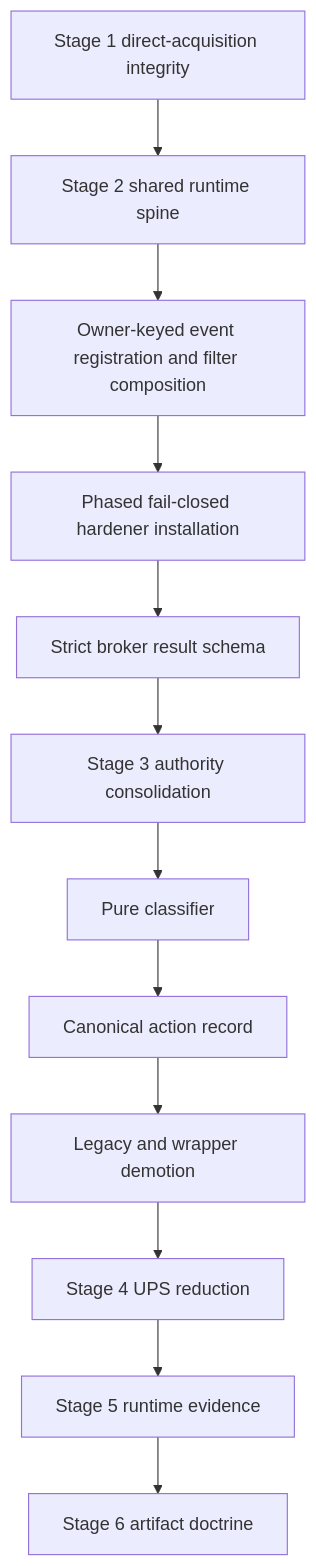
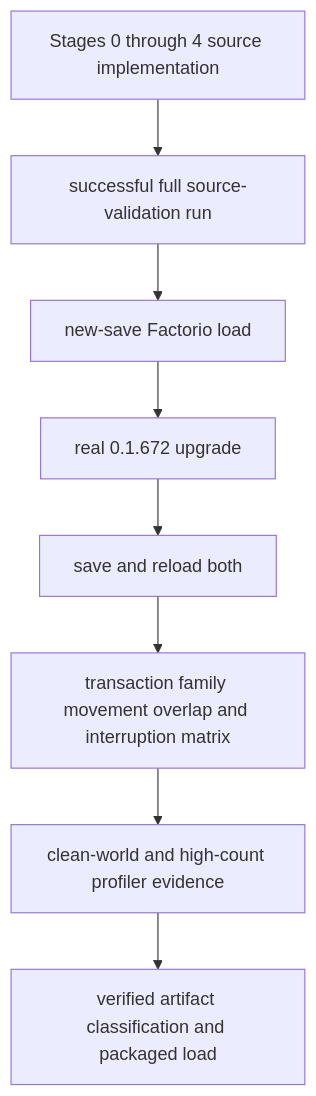
Diagram 13 of 14 in docs/RECOVERY_AUTHORITY_MAP_CURRENT.md (mrcalzon02/Tech-Priests), drawn with Mermaid before and after one commit. The commit also changed other lines of this file, not shown here.

Commit message:
Map recovered runtime spine and evidence boundary

````diff
--- a/docs/RECOVERY_AUTHORITY_MAP_CURRENT.md
+++ b/docs/RECOVERY_AUTHORITY_MAP_CURRENT.md
@@ -222,17 +348,13 @@
 ```mermaid
 flowchart TD
-    Direct[Stage 1 direct-acquisition integrity]
-    S2[Stage 2 shared runtime spine]
-    Registry[Owner-keyed event registration and filter composition]
-    Install[Phased fail-closed hardener installation]
-    Broker[Strict broker result schema]
-    S3[Stage 3 authority consolidation]
-    Pure[Pure classifier]
-    Action[Canonical action record]
-    Demote[Legacy and wrapper demotion]
-    S4[Stage 4 UPS reduction]
-    S5[Stage 5 runtime evidence]
-    S6[Stage 6 artifact doctrine]
+    Source[Stages 0 through 4 source implementation]
+    CI[successful full source-validation run]
+    Load[new-save Factorio load]
+    Migration[real 0.1.672 upgrade]
+    Reload[save and reload both]
+    Behavior[transaction family movement overlap and interruption matrix]
+    Profile[clean-world and high-count profiler evidence]
+    Artifact[verified artifact classification and packaged load]
 
-    Direct --> S2 --> Registry --> Install --> Broker --> S3 --> Pure --> Action --> Demote --> S4 --> S5 --> S6
+    Source --> CI --> Load --> Migration --> Reload --> Behavior --> Profile --> Artifact
 ```
````
